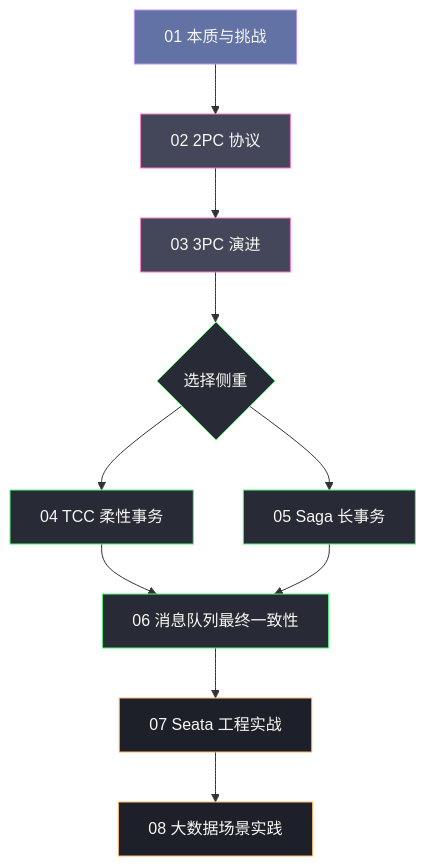
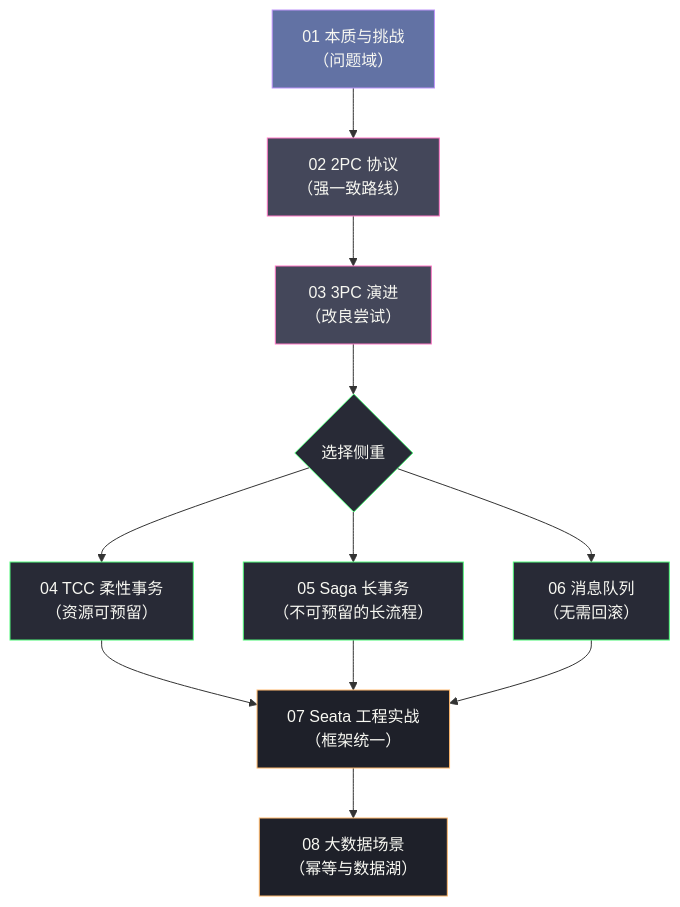
One commit to hpliStartAgain/my-brain changed the diagram in content/分布式架构/分布式事务/00 专栏导览.md. Above: the diagram before and after it, drawn with Mermaid. The commit also changed other lines of this file and 55 other files, not shown here.

````diff
--- a/content/分布式架构/分布式事务/00 专栏导览.md
+++ b/content/分布式架构/分布式事务/00 专栏导览.md
@@ -30,23 +38,24 @@
 ```mermaid
 %%{init: {'theme': 'dracula'}}%%
 graph TD
-    A["01 本质与挑战"] --> B["02 2PC 协议"]
-    B --> C["03 3PC 演进"]
+    A["01 本质与挑战</br>（问题域）"] --> B["02 2PC 协议</br>（强一致路线）"]
+    B --> C["03 3PC 演进</br>（改良尝试）"]
     C --> D{"选择侧重"}
-    D --> E["04 TCC 柔性事务"]
-    D --> F["05 Saga 长事务"]
-    E --> G["06 消息队列最终一致性"]
-    F --> G
-    G --> H["07 Seata 工程实战"]
-    H --> I["08 大数据场景实践"]
+    D --> E["04 TCC 柔性事务</br>（资源可预留）"]
+    D --> F["05 Saga 长事务</br>（不可预留的长流程）"]
+    D --> G["06 消息队列</br>（无需回滚）"]
+    E --> H["07 Seata 工程实战</br>（框架统一）"]
+    F --> H
+    G --> H
+    H --> I["08 大数据场景</br>（幂等与数据湖）"]
 
     classDef foundation fill:#6272a4,stroke:#bd93f9,color:#f8f8f2
     classDef protocol fill:#44475a,stroke:#ff79c6,color:#f8f8f2
     classDef pattern fill:#282a36,stroke:#50fa7b,color:#f8f8f2
     classDef practice fill:#1e2029,stroke:#ffb86c,color:#f8f8f2
 
     class A foundation
     class B,C protocol
     class D,E,F,G pattern
     class H,I practice
 ```
````
